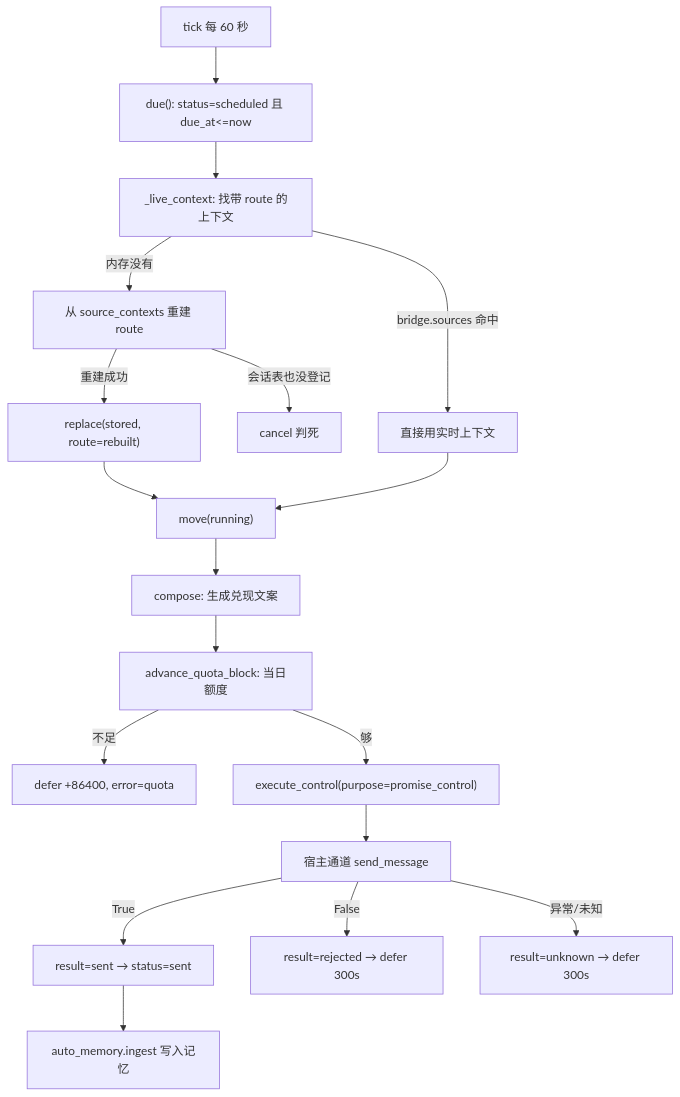
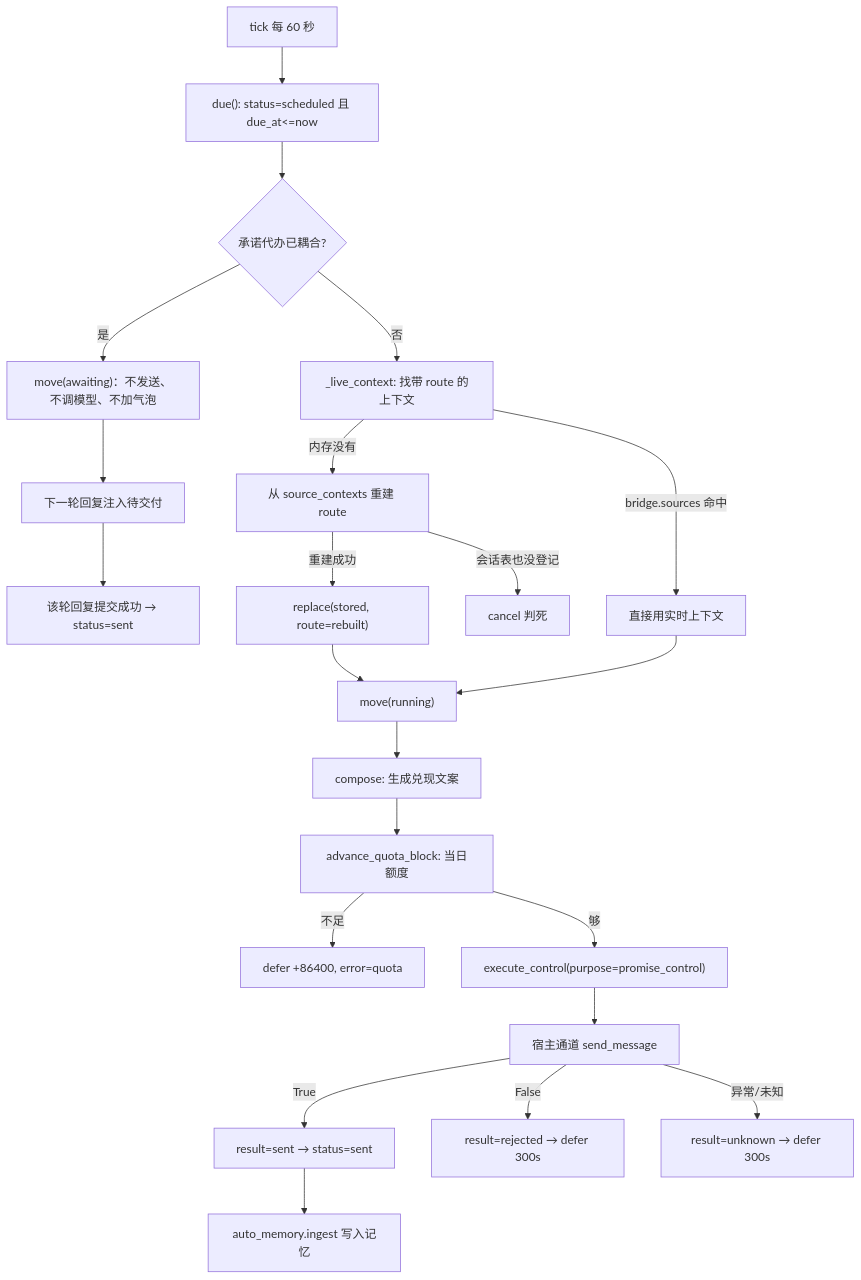
One commit to AKIhunter/astrbot_plugin_livingemotion changed the diagram in docs/promise.md. Above: the diagram before and after it, drawn with Mermaid. The commit also changed other lines of this file and 10 other files, not shown here.

````diff
--- a/docs/promise.md
+++ b/docs/promise.md
@@ -62,20 +67,24 @@
 ```mermaid
 flowchart TD
     A["tick 每 60 秒"] --> B["due(): status=scheduled 且 due_at<=now"]
-    B --> C["_live_context: 找带 route 的上下文"]
+    B --> Q{"承诺代办已耦合?"}
+    Q -->|"是"| R["move(awaiting)：不发送、不调模型、不加气泡"]
+    R --> S["下一轮回复注入待交付"]
+    S --> T["该轮回复提交成功 → status=sent"]
+    Q -->|"否"| C["_live_context: 找带 route 的上下文"]
     C -->|"bridge.sources 命中"| D["直接用实时上下文"]
     C -->|"内存没有"| E["从 source_contexts 重建 route"]
     E -->|"会话表也没登记"| F["cancel 判死"]
     E -->|"重建成功"| G["replace(stored, route=rebuilt)"]
     G --> H["move(running)"]
     D --> H
     H --> I["compose: 生成兑现文案"]
     I --> J["advance_quota_block: 当日额度"]
     J -->|"不足"| K["defer +86400, error=quota"]
     J -->|"够"| L["execute_control(purpose=promise_control)"]
     L --> M["宿主通道 send_message"]
     M -->|"True"| N["result=sent → status=sent"]
     M -->|"False"| O["result=rejected → defer 300s"]
     M -->|"异常/未知"| P["result=unknown → defer 300s"]
-    N --> Q["auto_memory.ingest 写入记忆"]
+    N --> U["auto_memory.ingest 写入记忆"]
 ```
````
